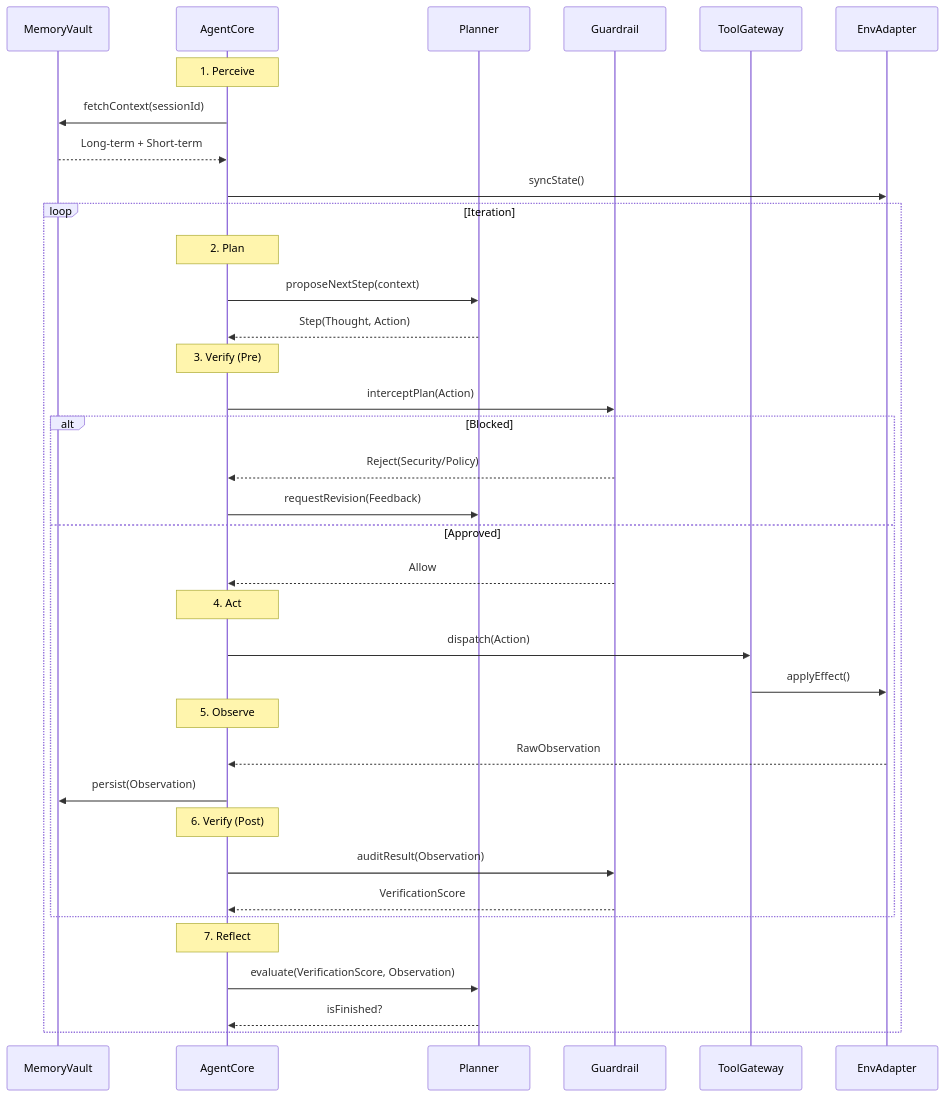
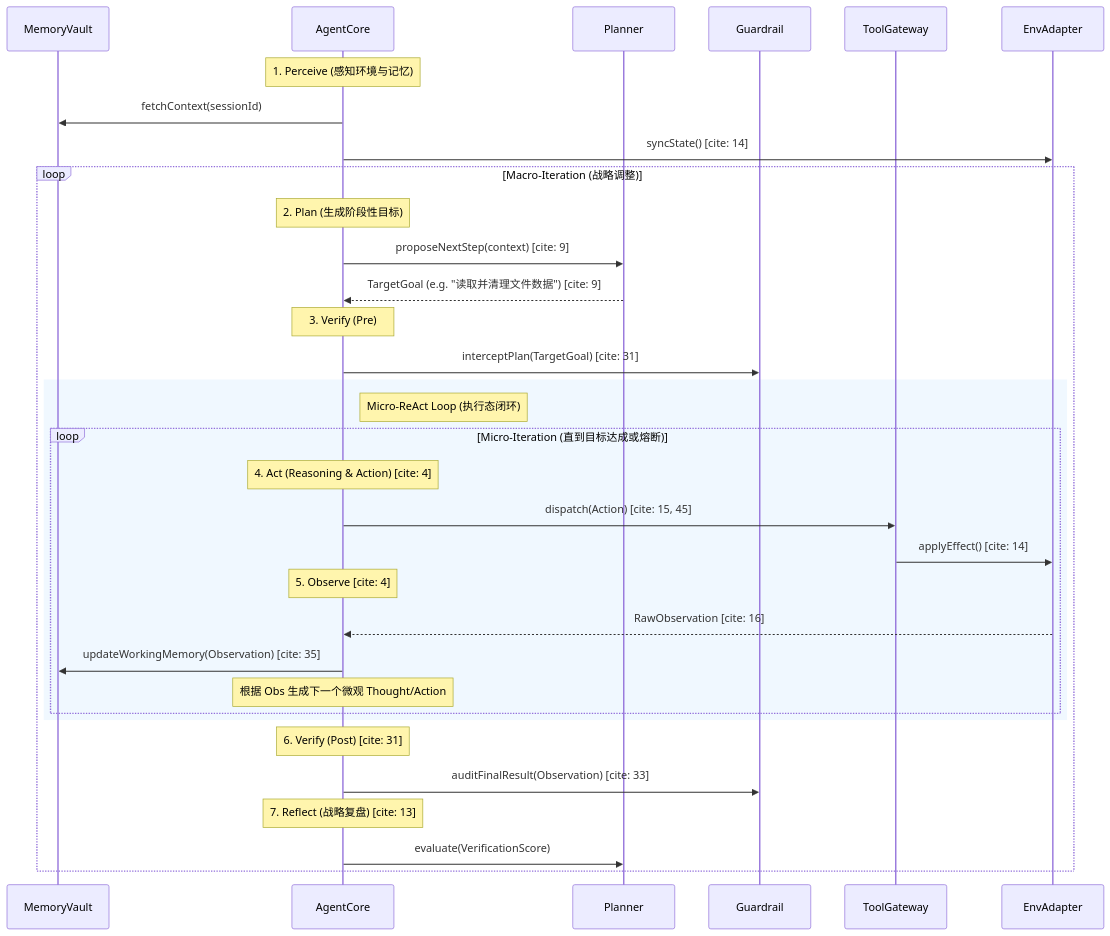
The second of 3 diagrams in docs/alice-core-agent/DESIGN.md (chaineasy-ai/alice-agent), drawn with Mermaid before and after one commit. The commit also changed other lines of this file and 2 other files, not shown here.

````diff
--- a/docs/alice-core-agent/DESIGN.md
+++ b/docs/alice-core-agent/DESIGN.md
@@ -54,45 +54,42 @@
 ```mermaid
 sequenceDiagram
     participant M as MemoryVault
     participant A as AgentCore
     participant P as Planner
     participant V as Guardrail
     participant T as ToolGateway
     participant E as EnvAdapter
 
-    Note over A: 1. Perceive
-    A->>M: fetchContext(sessionId)
-    M-->>A: Long-term + Short-term
-    A->>E: syncState()
+    Note over A: 1. Perceive (感知环境与记忆)
+    A->>M: fetchContext(sessionId) 
+    A->>E: syncState() [cite: 14]
 
-    loop Iteration
-        Note over A: 2. Plan
-        A->>P: proposeNextStep(context)
-        P-->>A: Step(Thought, Action)
+    loop Macro-Iteration (战略调整)
+        Note over A: 2. Plan (生成阶段性目标)
+        A->>P: proposeNextStep(context) [cite: 9]
+        P-->>A: TargetGoal (e.g. "读取并清理文件数据") [cite: 9]
 
         Note over A: 3. Verify (Pre)
-        A->>V: interceptPlan(Action)
-        alt Blocked
-            V-->>A: Reject(Security/Policy)
-            A->>P: requestRevision(Feedback)
-        else Approved
-            V-->>A: Allow
+        A->>V: interceptPlan(TargetGoal) [cite: 31]
+        
+        rect rgb(240, 248, 255)
+        Note right of A: Micro-ReAct Loop (执行态闭环)
+        loop Micro-Iteration (直到目标达成或熔断)
+            Note over A: 4. Act (Reasoning & Action) [cite: 4]
+            A->>T: dispatch(Action) [cite: 15, 45]
+            T->>E: applyEffect() [cite: 14]
             
-            Note over A: 4. Act
-            A->>T: dispatch(Action)
-            T->>E: applyEffect()
-
-            Note over A: 5. Observe
-            E-->>A: RawObservation
-            A->>M: persist(Observation)
-            
-            Note over A: 6. Verify (Post)
-            A->>V: auditResult(Observation)
-            V-->>A: VerificationScore
+            Note over A: 5. Observe [cite: 4]
+            E-->>A: RawObservation [cite: 16]
+            A->>M: updateWorkingMemory(Observation) [cite: 35]
+            Note over A: 根据 Obs 生成下一个微观 Thought/Action 
+        end
         end
 
-        Note over A: 7. Reflect
-        A->>P: evaluate(VerificationScore, Observation)
-        P-->>A: isFinished?
+        Note over A: 6. Verify (Post) [cite: 31]
+        A->>V: auditFinalResult(Observation) [cite: 33]
+        
+        Note over A: 7. Reflect (战略复盘) [cite: 13]
+        A->>P: evaluate(VerificationScore)
     end
 ```
````
